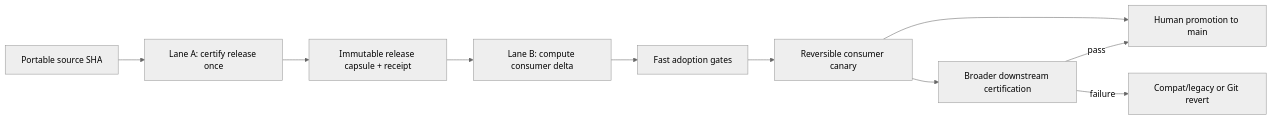
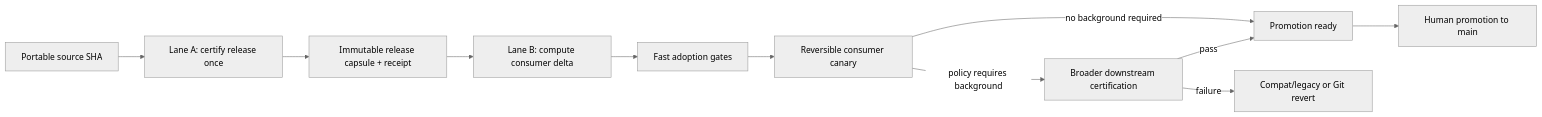
The first of 2 diagrams in docs/references/guides/downstream-migration-two-lane-strategy.md (kimlage/wiki-viva-kit), drawn with Mermaid (neutral theme) before and after one commit. The commit also changed other lines of this file and 26 other files, not shown here.

````diff
--- a/docs/references/guides/downstream-migration-two-lane-strategy.md
+++ b/docs/references/guides/downstream-migration-two-lane-strategy.md
@@ -34,12 +34,13 @@
 ```mermaid
 flowchart LR
     Source["Portable source SHA"] --> Cert["Lane A: certify release once"]
     Cert --> Capsule["Immutable release capsule + receipt"]
     Capsule --> Plan["Lane B: compute consumer delta"]
     Plan --> Fast["Fast adoption gates"]
     Fast --> Canary["Reversible consumer canary"]
-    Canary --> Promote["Human promotion to main"]
-    Canary --> Background["Broader downstream certification"]
+    Canary -->|policy requires background| Background["Broader downstream certification"]
+    Canary -->|no background required| Ready["Promotion ready"]
     Background -->|failure| Rollback["Compat/legacy or Git revert"]
-    Background -->|pass| Promote
+    Background -->|pass| Ready
+    Ready --> Promote["Human promotion to main"]
 ```
````
